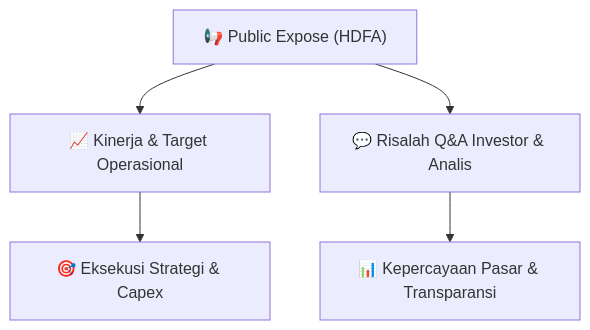
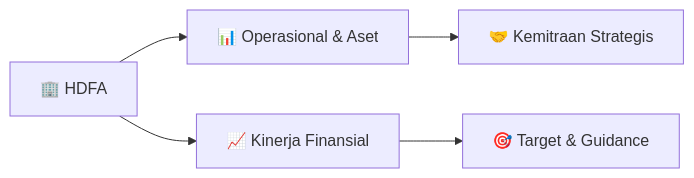
The diagram in reports/summaries/public-exposes/informasi-pubex/HDFA_Public_Expose_20260907.md (anYoneo/alphadigest-idx), drawn with Mermaid before and after one commit. The commit also changed other lines of this file and 526 other files, not shown here.

````diff
--- a/reports/summaries/public-exposes/informasi-pubex/HDFA_Public_Expose_20260907.md
+++ b/reports/summaries/public-exposes/informasi-pubex/HDFA_Public_Expose_20260907.md
@@ -39,7 +245,7 @@
 ```mermaid
-flowchart TD
-    A["📢 Public Expose (HDFA)"] --> B["📈 Kinerja & Target Operasional"]
-    A --> C["💬 Risalah Q&A Investor & Analis"]
-    B --> D["🎯 Eksekusi Strategi & Capex"]
-    C --> E["📊 Kepercayaan Pasar & Transparansi"]
+flowchart LR
+    A["🏢 HDFA"] --> B["📊 Operasional & Aset"]
+    A --> C["📈 Kinerja Finansial"]
+    B --> D["🤝 Kemitraan Strategis"]
+    C --> E["🎯 Target & Guidance"]
 ```
````
